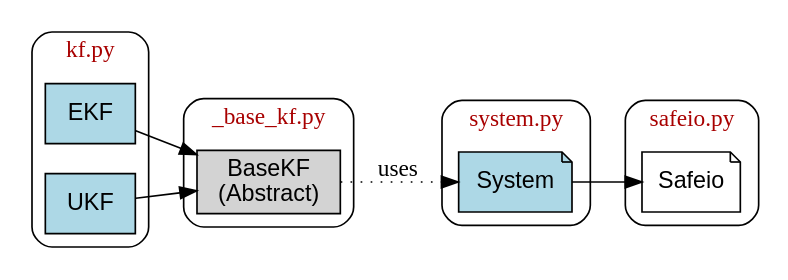
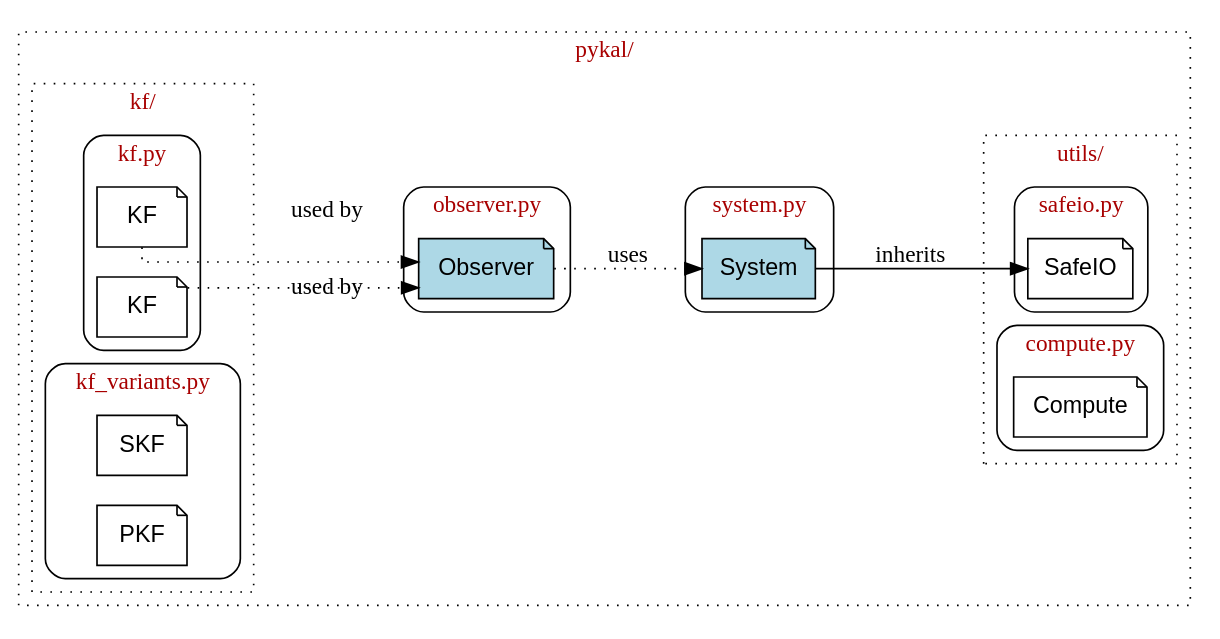
Before and after one commit to nehalsinghmangat/pykal: the first of 3 diagrams in docs/source/apiref/class_inheritance.rst, drawn with Graphviz. The commit also changed other lines of this file and 21 other files, not shown here.

First line of the commit message:
Refactor and reorganize package to match new inheritance diagram

```diff
--- a/docs/source/apiref/class_inheritance.rst
+++ b/docs/source/apiref/class_inheritance.rst
@@ -2,48 +9,90 @@
    :caption: Class Inheritance and Module Usage
 
    digraph ClassInheritance {
-       node [shape=box, fontname="Helvetica", style=filled, fillcolor=lightgray];
-       rankdir=LR;
+     node [shape=box, fontname="Helvetica", style=filled, fillcolor=lightgray];
+     rankdir=LR;
+     splines=ortho;
 
-       // Base classes
-       subgraph cluster_base {
-           label = "_base_kf.py";
-           style = rounded;
-	   fontcolor = "#a80000";
-           BaseKF [label="BaseKF\n(Abstract)", fillcolor=lightgray];
-       }
-
-       // kf.py
-       subgraph cluster_kf {
-           label = "kf.py";
-           style = rounded;
-	   fontcolor = "#a80000";
-           EKF [label="EKF", fillcolor=lightblue];
-           UKF [label="UKF", fillcolor=lightblue];
-       }
+     // pykal/ supercluster
+     subgraph cluster_pykal {
+       label = "pykal/";
+       fontcolor = "#a80000";
+       style = dotted;
+       color = black;
+       fillcolor = none;
 
        // system.py
        subgraph cluster_system {
-           label = "system.py";
-           style = rounded;
-	   fontcolor = "#a80000";
-           System [label="System", shape=note, fillcolor=lightblue];
+         label = "system.py";
+         style = rounded;
+         fontcolor = "#a80000";
+         System [label="System", shape=note, fillcolor=lightblue];
        }
+
+       // observer.py
+       subgraph cluster_observer {
+         label = "observer.py";
+         style = rounded;
+         fontcolor = "#a80000";
+         Observer [label="Observer", shape=note, fillcolor=lightblue];
+       }
+     
+
+     // utils/ supercluster
+     subgraph cluster_utils {
+       label = "utils/";
+       fontcolor = "#a80000";
+       style = dotted;
+       color = black;
+       fillcolor = none;
 
        // safeio.py
        subgraph cluster_safeio {
-           label = "safeio.py";
-           style = rounded;
-	   fontcolor = "#a80000";
-           SafeIO [label="Safeio", shape=note, fillcolor=white];
+         label = "safeio.py";
+         style = rounded;
+         fontcolor = "#a80000";
+         SafeIO [label="SafeIO", shape=note, fillcolor=white];
        }
 
-       // Inheritance relationships
-       EKF -> BaseKF;
-       UKF -> BaseKF;
-       System -> SafeIO;
-       
-       // Usage relationships
-       BaseKF -> System [style=dotted, label="uses"];
+       // compute.py
+       subgraph cluster_compute {
+         label = "compute.py";
+         style = rounded;
+         fontcolor = "#a80000";
+         Compute [label="Compute", shape=note, fillcolor=white];
+       }
+     }
 
-   }
+     // kf/ supercluster
+     subgraph cluster_kf {
+       label = "kf/";
+       fontcolor = "#a80000";
+       style = dotted;
+       color = black;
+       fillcolor = none;
+
+       // kf.py
+       subgraph cluster_module_kf {
+         label = "kf.py";
+         style = rounded;
+         fontcolor = "#a80000";
+         EKF [label="KF", shape=note, fillcolor=white];
+         UKF [label="KF", shape=note, fillcolor=white];	 
+       }
+
+       // kf_variants.py
+       subgraph cluster_module_kf_variants {
+         label = "kf_variants.py";
+         style = rounded;
+         fontcolor = "#a80000";
+         SKF [label="SKF", shape=note, fillcolor=white];
+         PSKF [label="PKF", shape=note, fillcolor=white];
+       }
+     }
+     
+     // Relationships
+     System -> SafeIO [label="inherits"];
+     EKF -> Observer [style=dotted, label="used by"];
+     UKF -> Observer [style=dotted, label="used by"];     
+     Observer -> System [style=dotted, label="uses"];
+   }}
```
